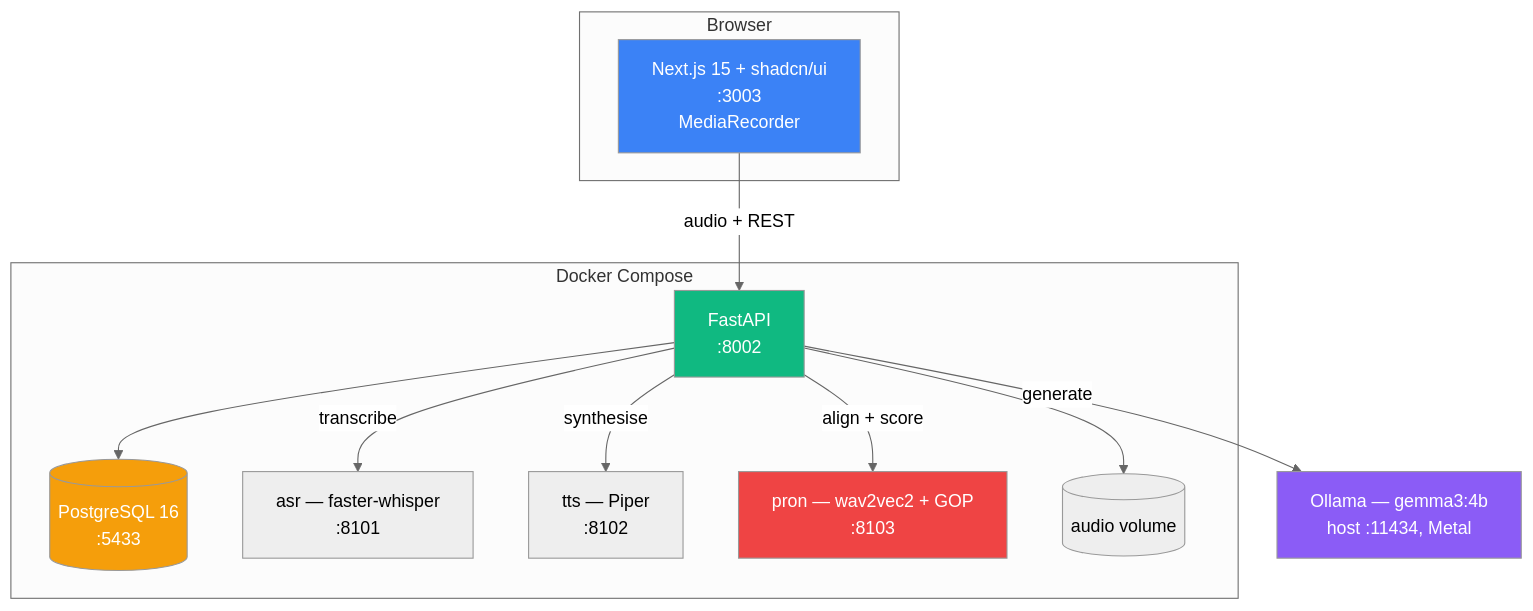
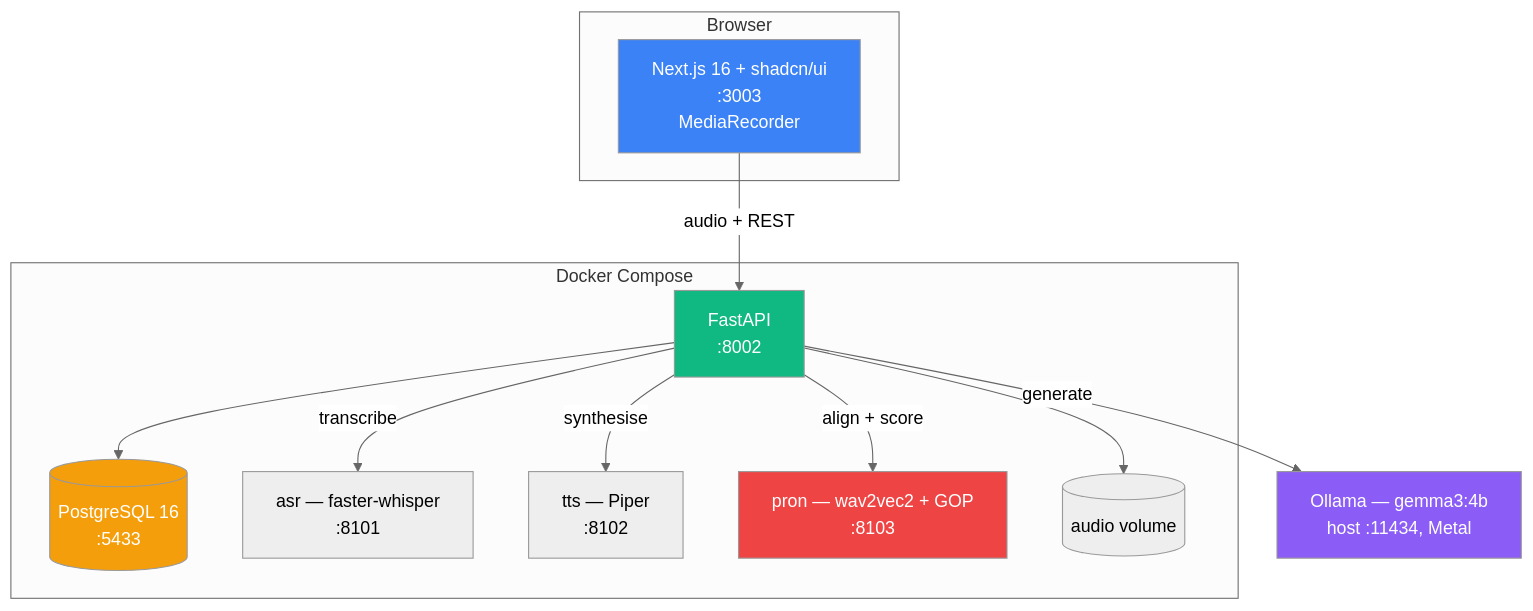
Before and after one commit to Luisfelipecruz/speaklab: the diagram in PRD.md, drawn with Mermaid (neutral theme). The commit also changed other lines of this file and 52 other files, not shown here.

````diff
--- a/PRD.md
+++ b/PRD.md
@@ -388,31 +388,31 @@
 ```mermaid
 graph TB
     subgraph Browser
-        FE["Next.js 15 + shadcn/ui<br/>:3003<br/>MediaRecorder"]
+        FE["Next.js 16 + shadcn/ui<br/>:3003<br/>MediaRecorder"]
     end
 
     subgraph "Docker Compose"
         API["FastAPI<br/>:8002"]
         DB[("PostgreSQL 16<br/>:5433")]
         ASR["asr — faster-whisper<br/>:8101"]
         TTS["tts — Piper<br/>:8102"]
         PRON["pron — wav2vec2 + GOP<br/>:8103"]
         AUD[("audio volume")]
     end
 
     OLL["Ollama — gemma3:4b<br/>host :11434, Metal"]
 
     FE -->|"audio + REST"| API
     API --> DB
     API --> AUD
     API -->|"transcribe"| ASR
     API -->|"synthesise"| TTS
     API -->|"align + score"| PRON
     API -->|"generate"| OLL
 
     style FE fill:#3b82f6,color:#fff
     style API fill:#10b981,color:#fff
     style DB fill:#f59e0b,color:#fff
     style PRON fill:#ef4444,color:#fff
     style OLL fill:#8b5cf6,color:#fff
 ```
````
